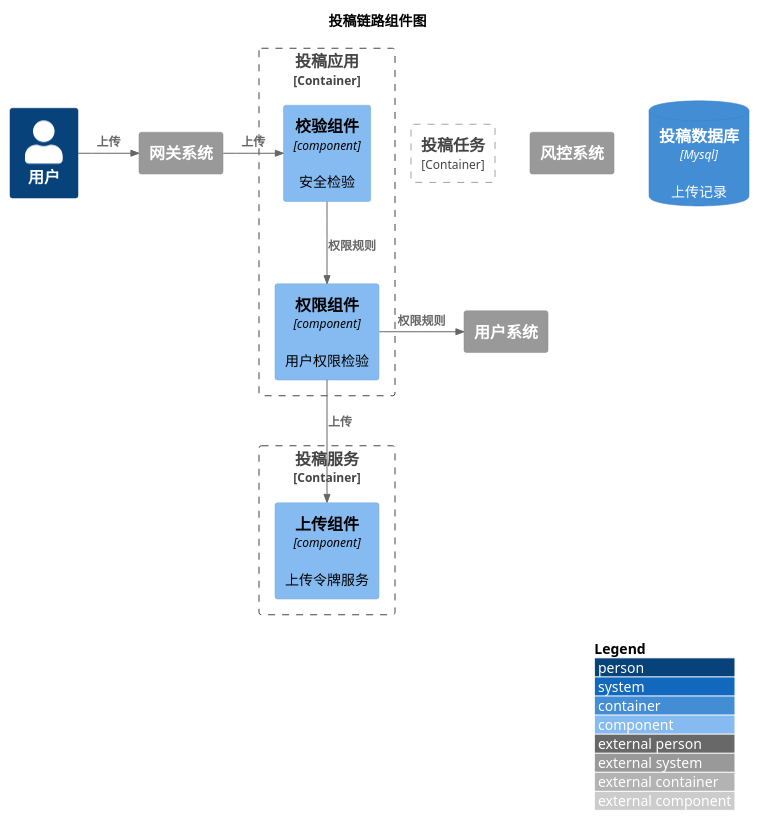
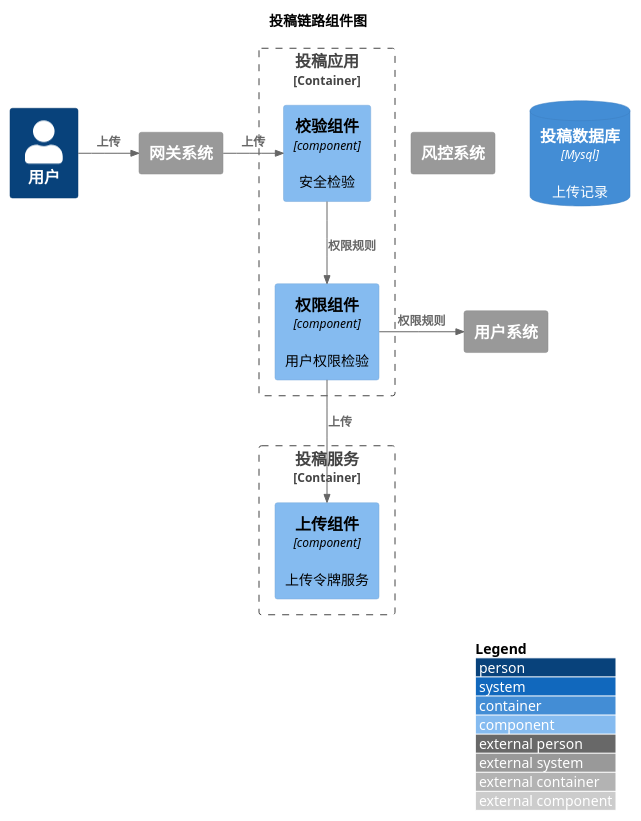
One commit to nxnnxn/community-doc changed the diagram in puml/content/post/audit/component.puml. Above: the diagram before and after it, drawn with PlantUML. The commit also changed 7 other files, not shown here.

```diff
--- a/puml/content/post/audit/component.puml
+++ b/puml/content/post/audit/component.puml
@@ -1,43 +1,38 @@
 @startuml
 !include <C4/C4_Component>
 LAYOUT_WITH_LEGEND()
 
 title 投稿链路组件图
 
 Person(user, "用户")
 System_Ext(gateway,"网关系统")
 Rel_R(user, gateway, "上传")
 
 Container_Boundary(postFacade, "投稿应用"){
     Component(checkComponent, "校验组件", "component", "安全检验")
     Component(authComponent, "权限组件", "component", "用户权限检验")
     Rel_R(gateway, checkComponent, "上传")
     Rel(checkComponent, authComponent, "权限规则")
 }
 
 Container_Boundary(postService, "投稿服务"){
     Component(uploadComponent, "上传组件", "component", "上传令牌服务")
     Rel(authComponent, uploadComponent, "上传")
 }
 
-Container_Boundary(postJob, "投稿任务"){
-
-}
-
-
 
 System_Ext(security,"风控系统")
 System_Ext(userSystem,"用户系统")
 ContainerDb(db, "投稿数据库", "Mysql","上传记录")
 
 Rel_R(authComponent, userSystem, "权限规则")
 
 
 
 
 
 
 
 
 
 @enduml
```
